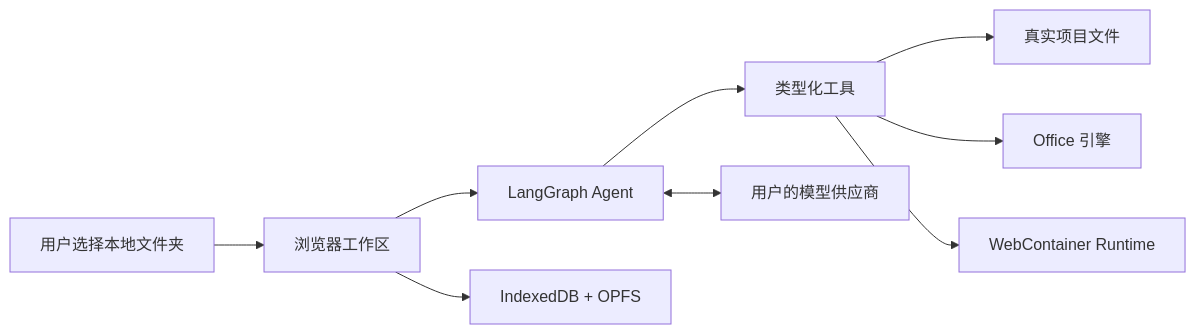
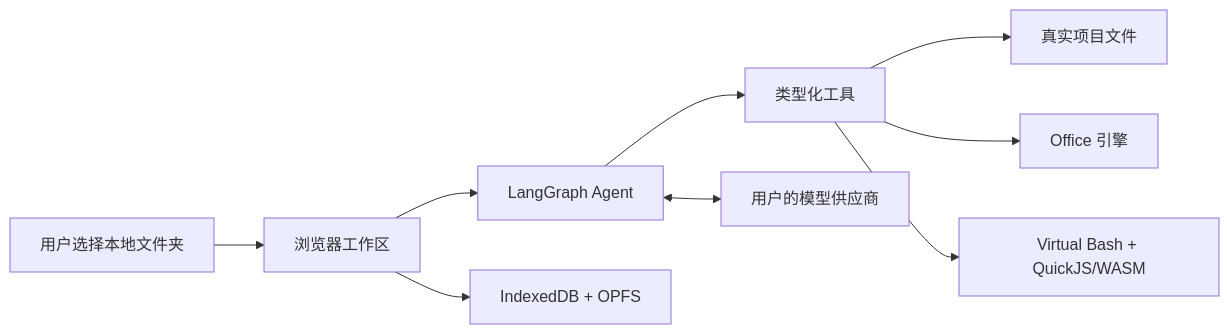
Before and after one commit to wzp100/browser-agent: the diagram in README.zh-CN.md, drawn with Mermaid. The commit also changed other lines of this file and 60 other files, not shown here.

Commit message:
feat: replace WebContainer with virtual runtime

````diff
--- a/README.zh-CN.md
+++ b/README.zh-CN.md
@@ -43,11 +43,11 @@
 ```mermaid
 flowchart LR
     U["用户选择本地文件夹"] --> W["浏览器工作区"]
     W --> A["LangGraph Agent"]
     A --> T["类型化工具"]
     T --> F["真实项目文件"]
     T --> O["Office 引擎"]
-    T --> R["WebContainer Runtime"]
+    T --> R["Virtual Bash + QuickJS/WASM"]
     A <--> M["用户的模型供应商"]
     W --> D["IndexedDB + OPFS"]
 ```
````
